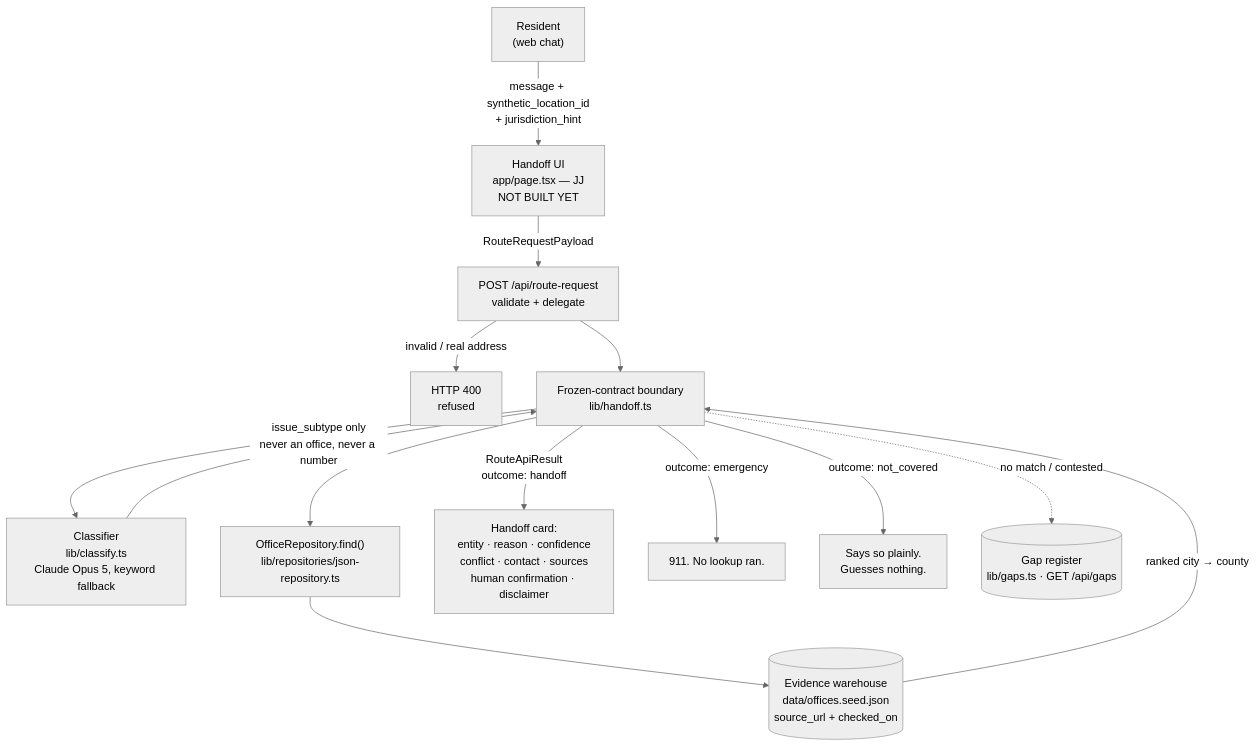
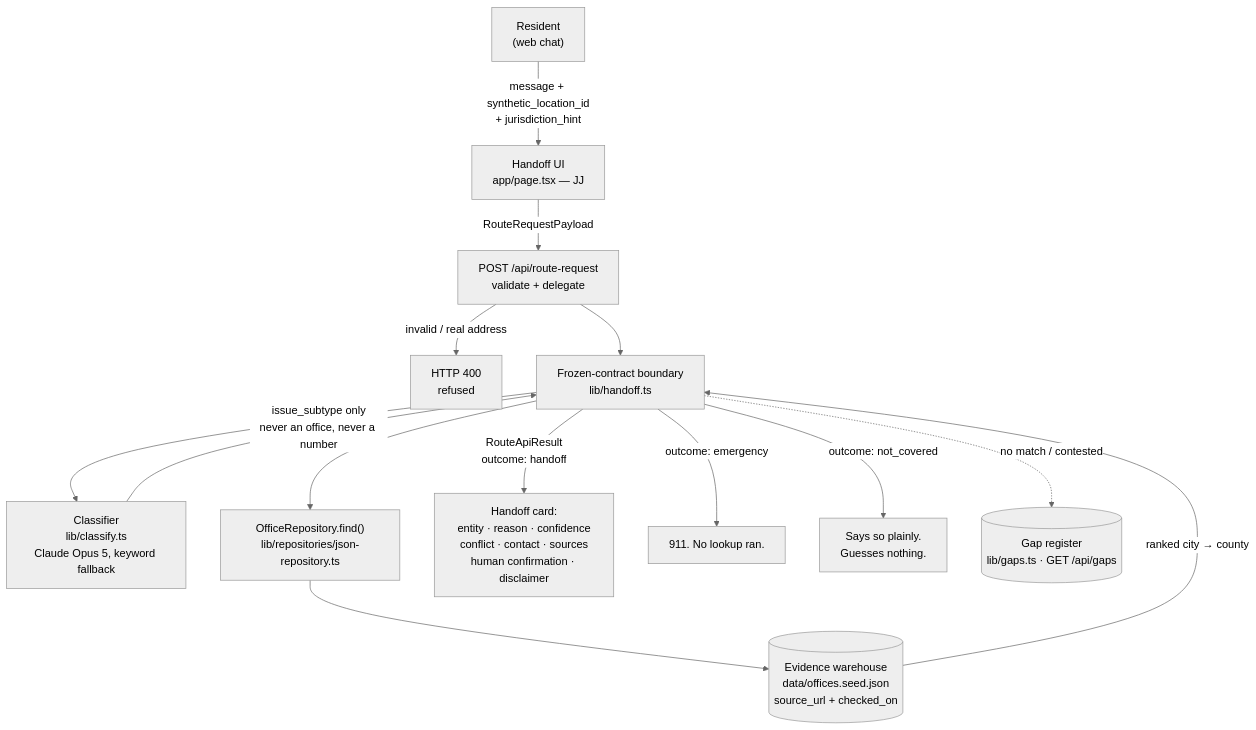
One commit to melinastafford15/birmingham-regional-service-navigator changed the diagram in README.md. Above: the diagram before and after it, drawn with Mermaid (neutral theme). The commit also changed other lines of this file and 10 other files, not shown here.

````diff
--- a/README.md
+++ b/README.md
@@ -77,21 +77,21 @@
 ```mermaid
 flowchart TD
-    R["Resident<br/>(web chat)"] -->|"message + synthetic_location_id<br/>+ jurisdiction_hint"| UI["Handoff UI<br/>app/page.tsx — JJ<br/>NOT BUILT YET"]
+    R["Resident<br/>(web chat)"] -->|"message + synthetic_location_id<br/>+ jurisdiction_hint"| UI["Handoff UI<br/>app/page.tsx — JJ"]
     UI -->|RouteRequestPayload| API["POST /api/route-request<br/>validate + delegate"]
 
     API -->|"invalid / real address"| R400["HTTP 400<br/>refused"]
     API --> H["Frozen-contract boundary<br/>lib/handoff.ts"]
 
     H --> CL["Classifier<br/>lib/classify.ts<br/>Claude Opus 5, keyword fallback"]
     CL -->|"issue_subtype only<br/>never an office, never a number"| H
 
     H --> REPO["OfficeRepository.find()<br/>lib/repositories/json-repository.ts"]
     REPO --> WH[("Evidence warehouse<br/>data/offices.seed.json<br/>source_url + checked_on")]
     WH -->|"ranked city → county"| H
 
     H -->|"RouteApiResult<br/>outcome: handoff"| CARD["Handoff card:<br/>entity · reason · confidence<br/>conflict · contact · sources<br/>human confirmation · disclaimer"]
     H -->|"outcome: emergency"| E911["911. No lookup ran."]
     H -->|"outcome: not_covered"| NC["Says so plainly.<br/>Guesses nothing."]
 
     H -.->|"no match / contested"| GAP[("Gap register<br/>lib/gaps.ts · GET /api/gaps")]
 ```
````
